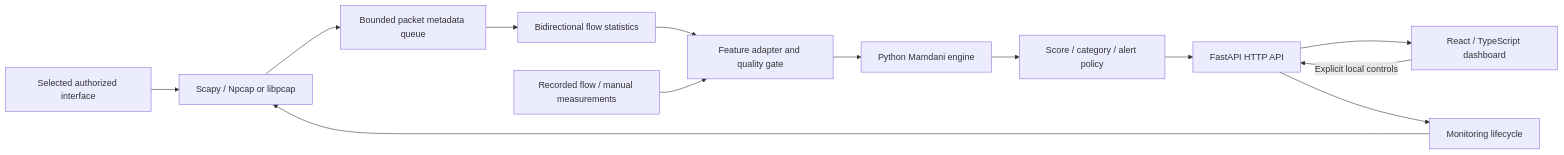
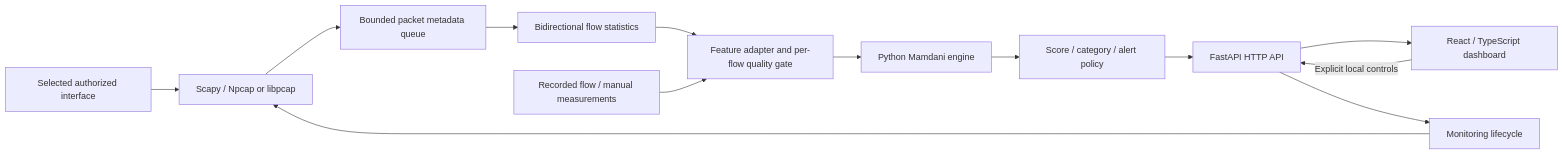
The diagram in README.md (hfkarabas/Fuzzy-Network-Traffic-Risk-Analysis), drawn with Mermaid before and after one commit. The commit also changed other lines of this file and 3 other files, not shown here.

````diff
--- a/README.md
+++ b/README.md
@@ -33,15 +191,15 @@
 ```mermaid
 flowchart LR
     NIC[Selected authorized interface] --> CAP[Scapy / Npcap or libpcap]
     CAP --> Q[Bounded packet metadata queue]
     Q --> FLOW[Bidirectional flow statistics]
-    FLOW --> QUALITY[Feature adapter and quality gate]
+    FLOW --> QUALITY[Feature adapter and per-flow quality gate]
     RECORD[Recorded flow / manual measurements] --> QUALITY
     QUALITY --> FIS[Python Mamdani engine]
     FIS --> POLICY[Score / category / alert policy]
     POLICY --> API[FastAPI HTTP API]
     API --> UI[React / TypeScript dashboard]
     UI -->|Explicit local controls| API
     API --> MON[Monitoring lifecycle]
     MON --> CAP
 ```
````
